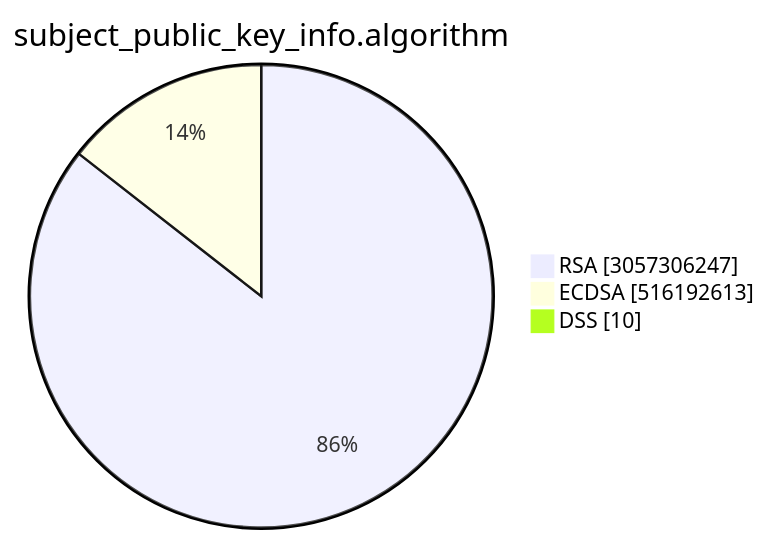
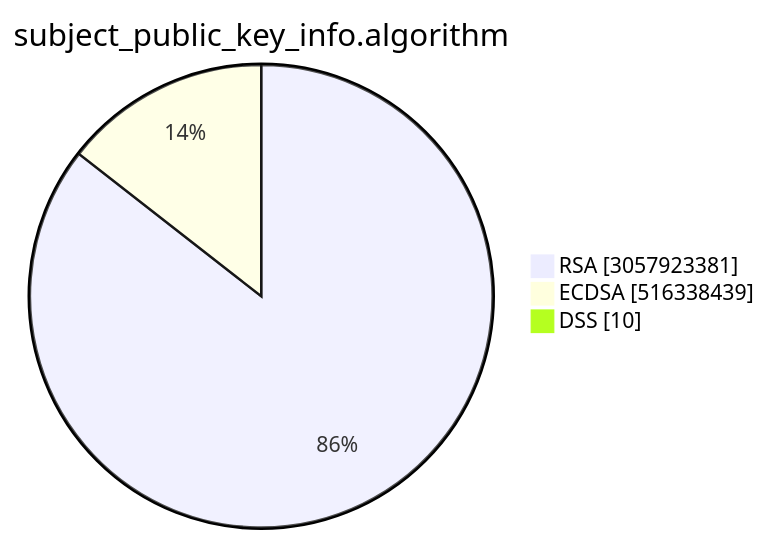
The second of 15 diagrams in TOTAL/README.md (christiankrug/ctmonitor_visualization), drawn with Mermaid before and after one commit. The commit also changed other lines of this file, not shown here.

````diff
--- a/TOTAL/README.md
+++ b/TOTAL/README.md
@@ -6,7 +6,7 @@
 ```mermaid
 pie showData
 title subject_public_key_info.algorithm
-"RSA" :3057306247
-"ECDSA" :516192613
+"RSA" :3057923381
+"ECDSA" :516338439
 "DSS" :10
 ```
````
